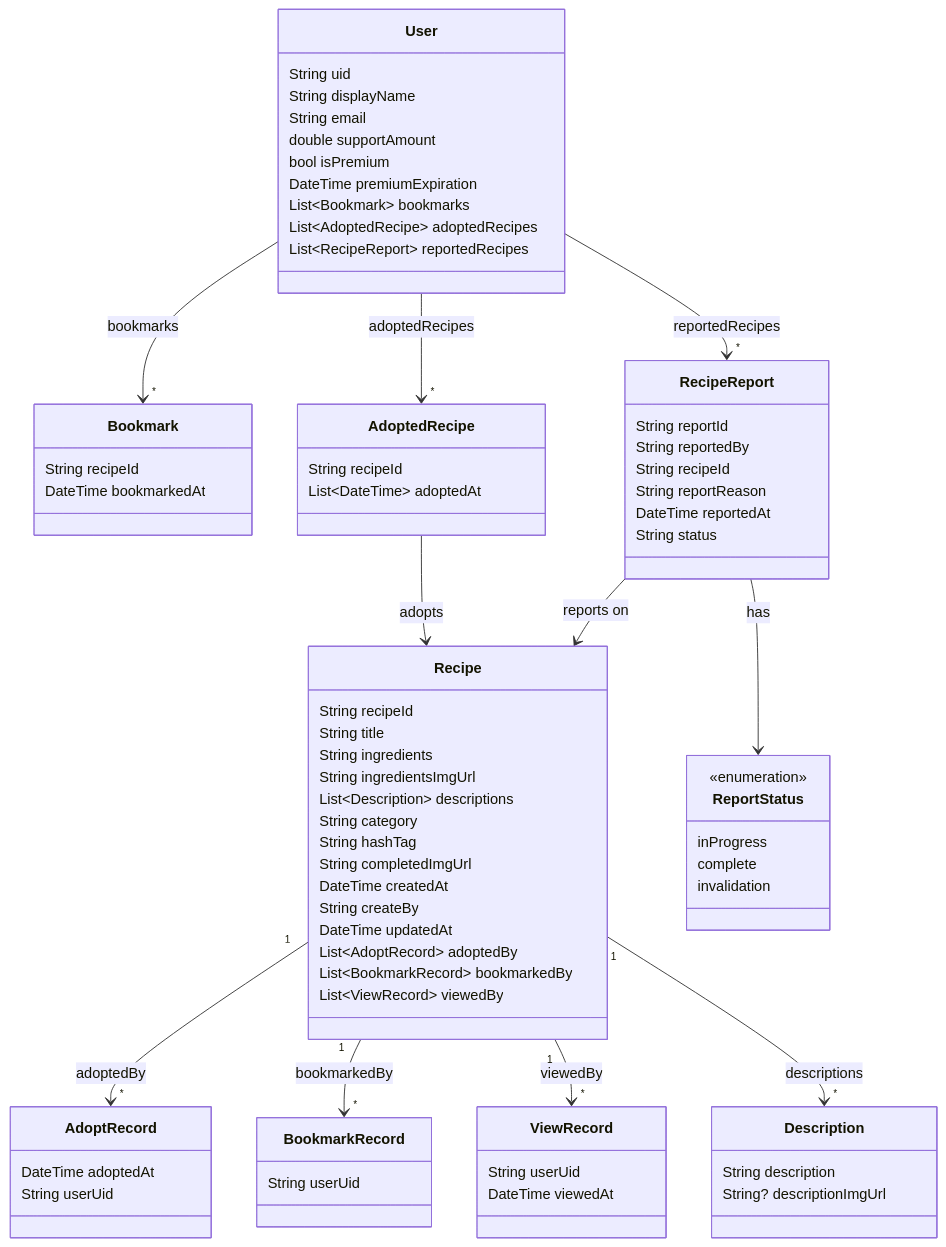
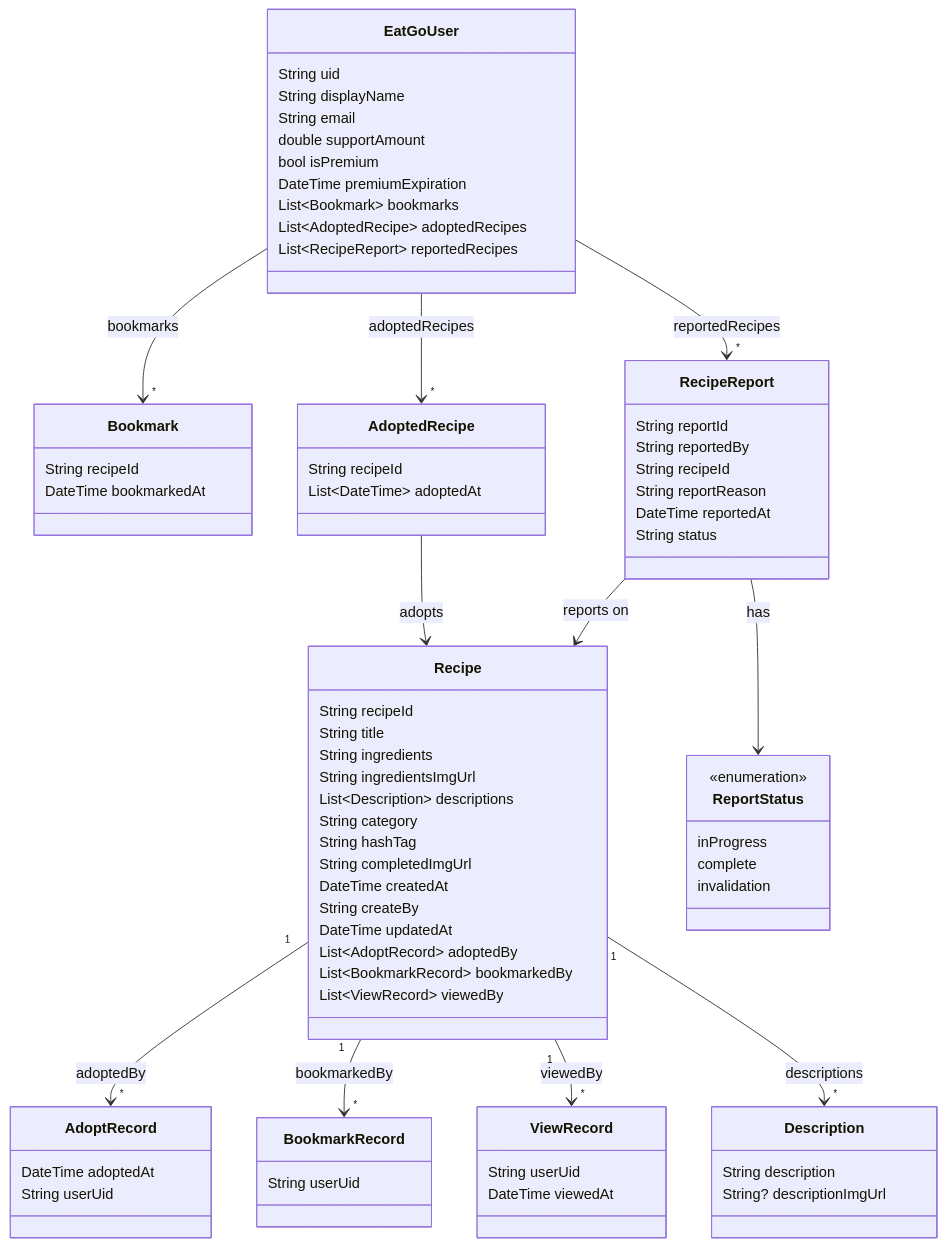
Before and after one commit to kangsudal/Eat-Go: the diagram in README.md, drawn with Mermaid. The commit also changed other lines of this file and 3 other files, not shown here.

````diff
--- a/README.md
+++ b/README.md
@@ -109,7 +109,7 @@
         String status
     }
 
-    class User {
+    class EatGoUser {
         String uid
         String displayName
         String email
@@ -139,9 +139,9 @@
     Recipe "1" --> "*" Description : descriptions
     RecipeReport --> Recipe : reports on
     RecipeReport --> ReportStatus : has
-    User --> "*" Bookmark : bookmarks
-    User --> "*" AdoptedRecipe : adoptedRecipes
-    User --> "*" RecipeReport : reportedRecipes
+    EatGoUser --> "*" Bookmark : bookmarks
+    EatGoUser --> "*" AdoptedRecipe : adoptedRecipes
+    EatGoUser --> "*" RecipeReport : reportedRecipes
     AdoptedRecipe --> Recipe : adopts
 
 ```
````
